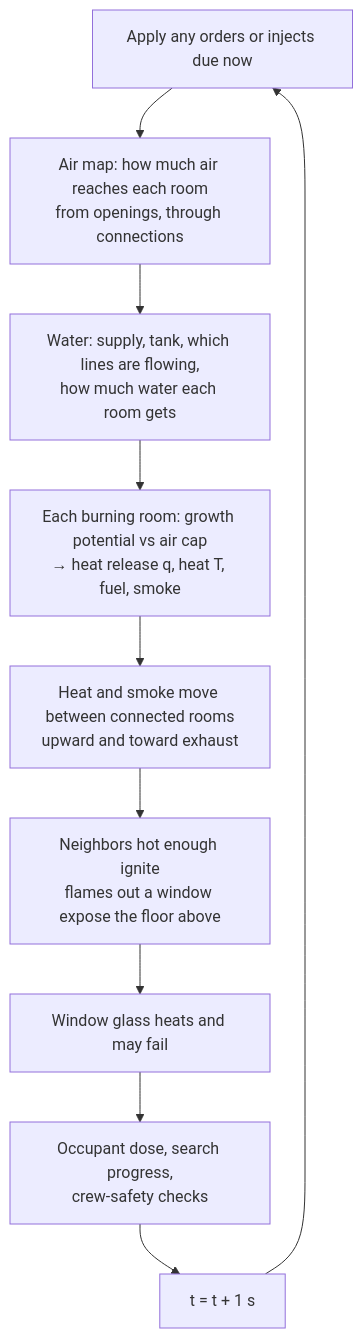
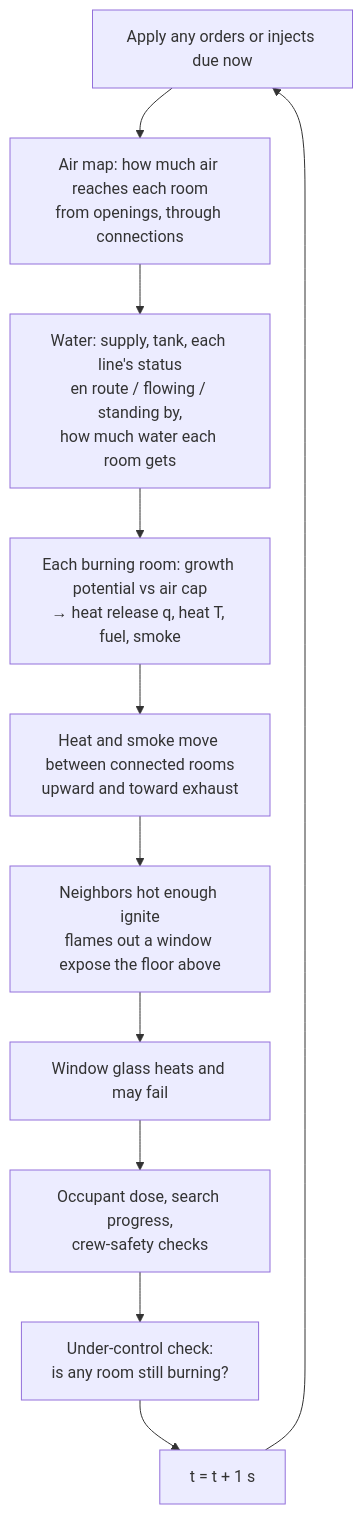
The diagram in FIRE-MODEL.md (adj141/sizeup), drawn with Mermaid before and after one commit. The commit also changed other lines of this file and 8 other files, not shown here.

First line of the commit message:
Fix 'fire never goes out': orders survive board refresh, multi-line attack, flashed-room knockdown, attic access, under-control state

````diff
--- a/FIRE-MODEL.md
+++ b/FIRE-MODEL.md
@@ -61,12 +65,13 @@
 ```mermaid
 flowchart TD
   A[Apply any orders or injects due now] --> B[Air map: how much air reaches each room<br/>from openings, through connections]
-  B --> C[Water: supply, tank, which lines are flowing,<br/>how much water each room gets]
+  B --> C[Water: supply, tank, each line's status<br/>en route / flowing / standing by,<br/>how much water each room gets]
   C --> D[Each burning room: growth potential vs air cap<br/>→ heat release q, heat T, fuel, smoke]
   D --> E[Heat and smoke move between connected rooms<br/>upward and toward exhaust]
   E --> F[Neighbors hot enough ignite<br/>flames out a window expose the floor above]
   F --> G[Window glass heats and may fail]
   G --> H[Occupant dose, search progress,<br/>crew-safety checks]
-  H --> I[t = t + 1 s]
+  H --> U[Under-control check:<br/>is any room still burning?]
+  U --> I[t = t + 1 s]
   I --> A
 ```
````
